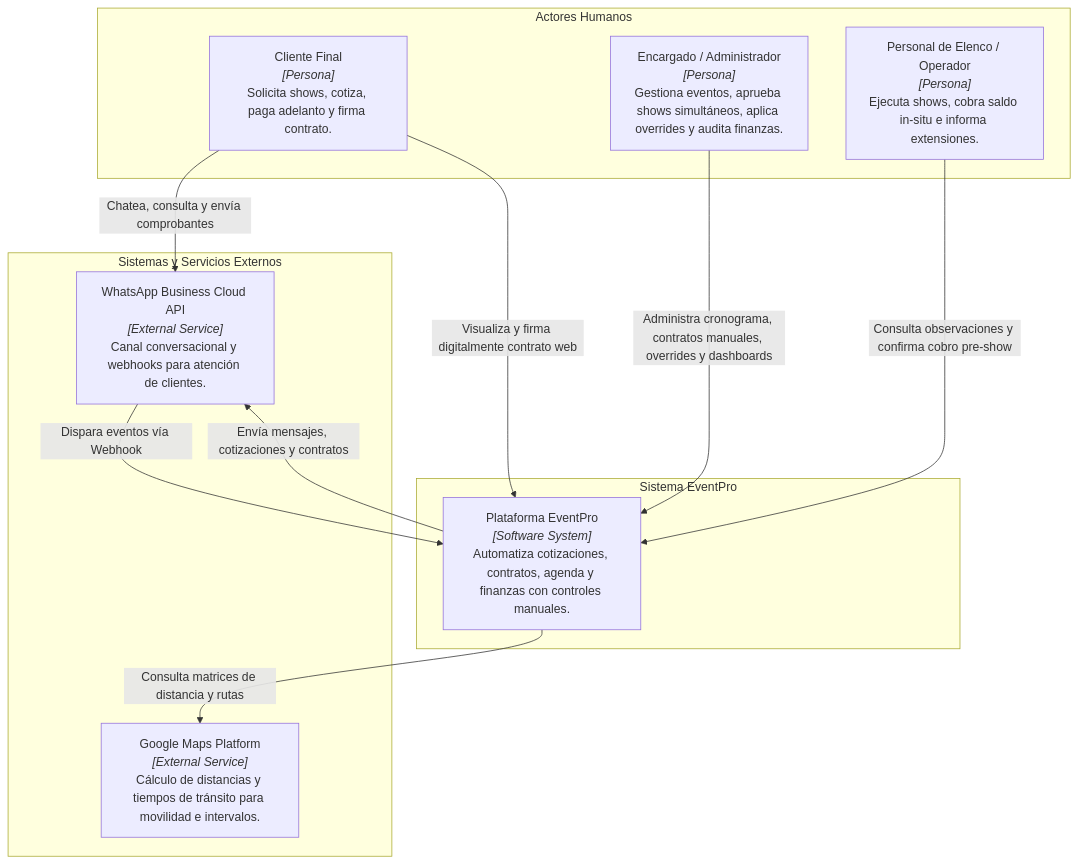
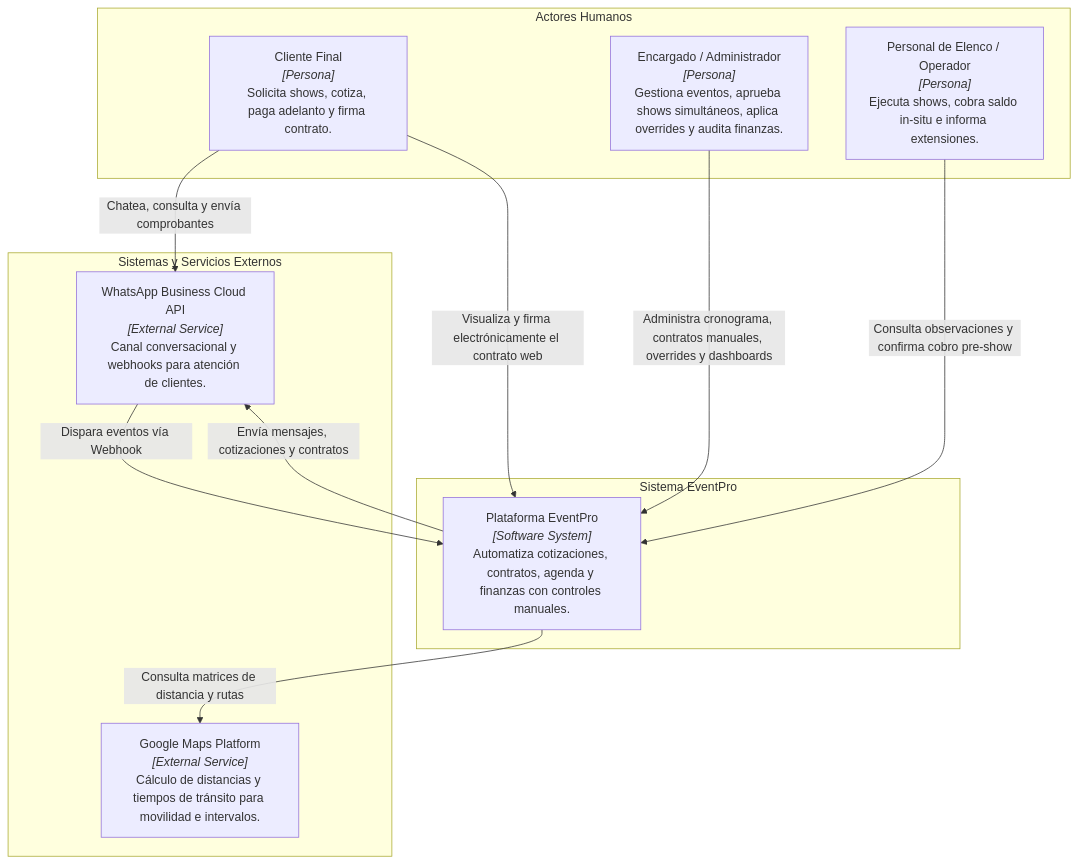
The first of 3 diagrams in Docs/02-arquitectura/01-diseno-arquitectonico-c4.md (MathiasTL/EventPro-backend), drawn with Mermaid before and after one commit. The commit also changed other lines of this file and 14 other files, not shown here.

````diff
--- a/Docs/02-arquitectura/01-diseno-arquitectonico-c4.md
+++ b/Docs/02-arquitectura/01-diseno-arquitectonico-c4.md
@@ -17,27 +17,27 @@
 ```mermaid
 flowchart TD
     subgraph Actores["Actores Humanos"]
         Cliente["Cliente Final<br/><i>[Persona]</i><br/>Solicita shows, cotiza, paga adelanto y firma contrato."]
         Encargado["Encargado / Administrador<br/><i>[Persona]</i><br/>Gestiona eventos, aprueba shows simultáneos, aplica overrides y audita finanzas."]
         Elenco["Personal de Elenco / Operador<br/><i>[Persona]</i><br/>Ejecuta shows, cobra saldo in-situ e informa extensiones."]
     end
 
     subgraph SistemaEventPro["Sistema EventPro"]
         EventProApp["Plataforma EventPro<br/><i>[Software System]</i><br/>Automatiza cotizaciones, contratos, agenda y finanzas con controles manuales."]
     end
 
     subgraph Externos["Sistemas y Servicios Externos"]
         WhatsAppAPI["WhatsApp Business Cloud API<br/><i>[External Service]</i><br/>Canal conversacional y webhooks para atención de clientes."]
         GoogleMaps["Google Maps Platform<br/><i>[External Service]</i><br/>Cálculo de distancias y tiempos de tránsito para movilidad e intervalos."]
     end
 
     Cliente -->|"Chatea, consulta y envía comprobantes"| WhatsAppAPI
     WhatsAppAPI -->|"Dispara eventos vía Webhook"| EventProApp
     EventProApp -->|"Envía mensajes, cotizaciones y contratos"| WhatsAppAPI
 
-    Cliente -->|"Visualiza y firma digitalmente contrato web"| EventProApp
+    Cliente -->|"Visualiza y firma electrónicamente el contrato web"| EventProApp
     Encargado -->|"Administra cronograma, contratos manuales, overrides y dashboards"| EventProApp
     Elenco -->|"Consulta observaciones y confirma cobro pre-show"| EventProApp
 
     EventProApp -->|"Consulta matrices de distancia y rutas"| GoogleMaps
 ```
````
